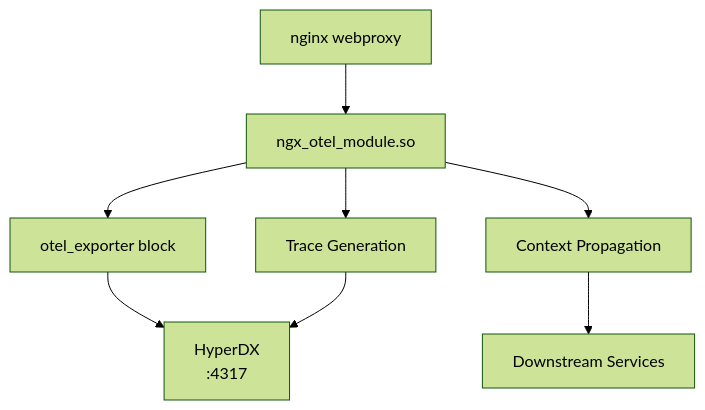
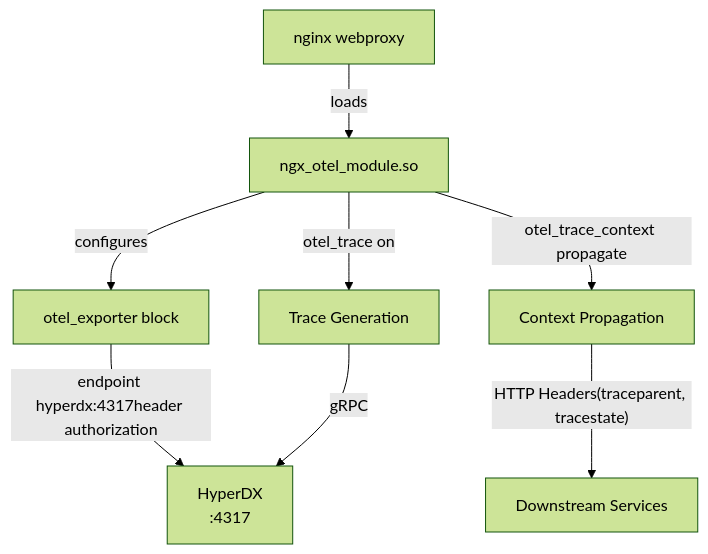
Before and after one commit to philipz/spring-modular-monolith: the second of 5 diagrams in docs/deepwiki/Nginx-Reverse-Proxy.md, drawn with Mermaid (forest theme). The commit also changed other lines of this file and 55 other files, not shown here.

````diff
--- a/docs/deepwiki/Nginx-Reverse-Proxy.md
+++ b/docs/deepwiki/Nginx-Reverse-Proxy.md
@@ -97,19 +97,19 @@
 ```mermaid
 flowchart TD
 
 Nginx["nginx webproxy"]
 OTelModule["ngx_otel_module.so"]
 OTelConfig["otel_exporter block"]
 HyperDX["HyperDX<br>:4317"]
 TraceGen["Trace Generation"]
 CtxProp["Context Propagation"]
 Monolith["Downstream Services"]
 
-Nginx --> OTelModule
-OTelModule --> OTelConfig
-OTelConfig --> HyperDX
-OTelModule --> TraceGen
-OTelModule --> CtxProp
-TraceGen --> HyperDX
-CtxProp --> Monolith
+Nginx -->|"loads"| OTelModule
+OTelModule -->|"configures"| OTelConfig
+OTelConfig -->|"endpoint hyperdx:4317header authorization"| HyperDX
+OTelModule -->|"otel_trace on"| TraceGen
+OTelModule -->|"otel_trace_context propagate"| CtxProp
+TraceGen -->|"gRPC"| HyperDX
+CtxProp -->|"HTTP Headers(traceparent, tracestate)"| Monolith
 ```
````
